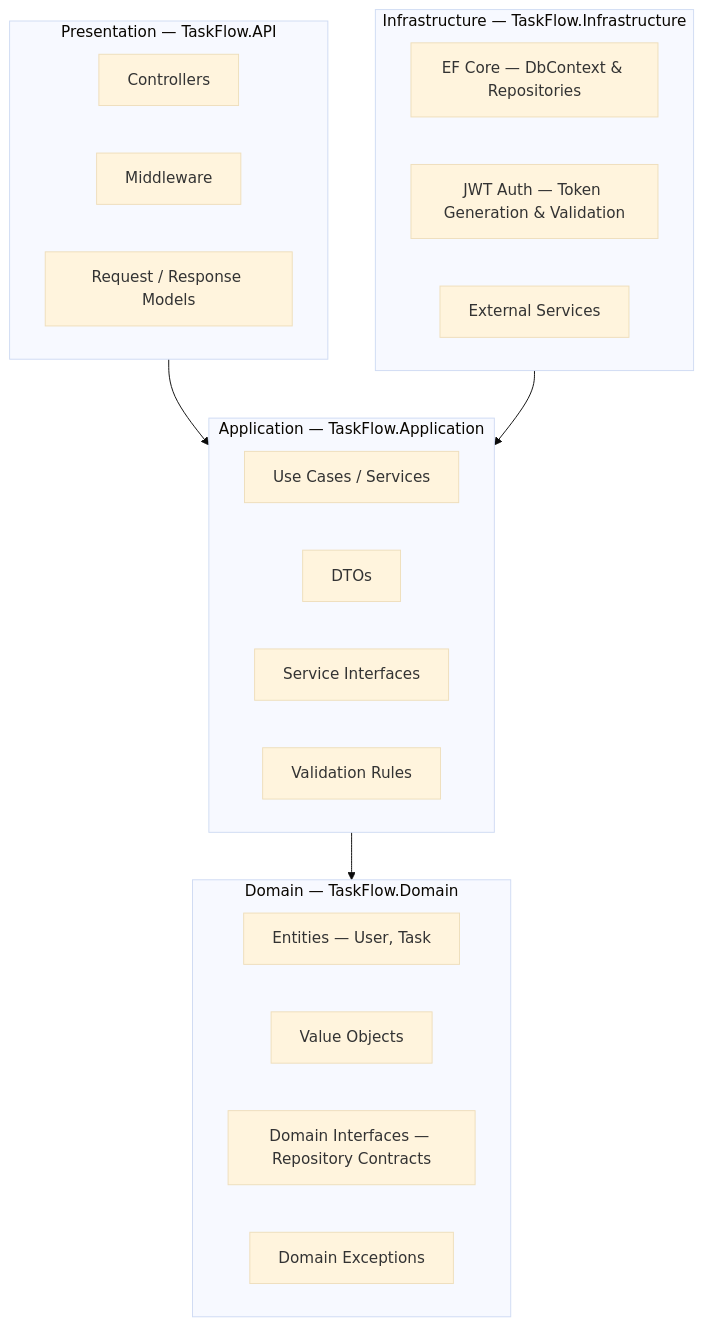
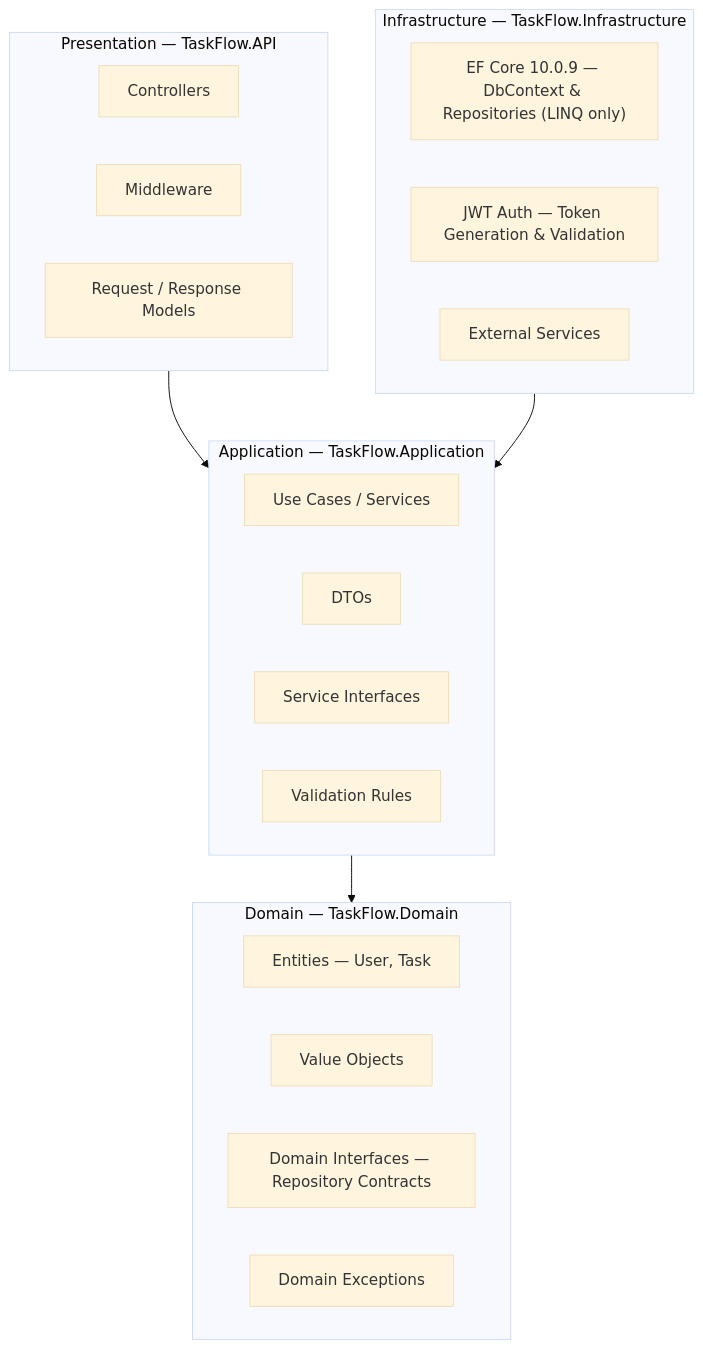
One commit to virgenherrera/Ballast-Lane-code_challenge changed the first of 6 diagrams in docs/architecture/clean-architecture.md. Above: the diagram before and after it, drawn with Mermaid (base theme). The commit also changed other lines of this file and 55 other files, not shown here.

````diff
--- a/docs/architecture/clean-architecture.md
+++ b/docs/architecture/clean-architecture.md
@@ -24,33 +24,33 @@
 ```mermaid
 %% Clean Architecture layers — TaskFlow
 flowchart TD
     subgraph Presentation["Presentation — TaskFlow.API"]
         P1[Controllers]
         P2[Middleware]
         P3["Request / Response Models"]
     end
 
     subgraph Infrastructure["Infrastructure — TaskFlow.Infrastructure"]
-        I1["EF Core — DbContext & Repositories"]
+        I1["EF Core 10.0.9 — DbContext & Repositories (LINQ only)"]
         I2["JWT Auth — Token Generation & Validation"]
         I3["External Services"]
     end
 
     subgraph Application["Application — TaskFlow.Application"]
         A1["Use Cases / Services"]
         A2["DTOs"]
         A3["Service Interfaces"]
         A4["Validation Rules"]
     end
 
     subgraph Domain["Domain — TaskFlow.Domain"]
         D1["Entities — User, Task"]
         D2["Value Objects"]
         D3["Domain Interfaces — Repository Contracts"]
         D4["Domain Exceptions"]
     end
 
     Presentation --> Application
     Infrastructure --> Application
     Application --> Domain
 ```
````
